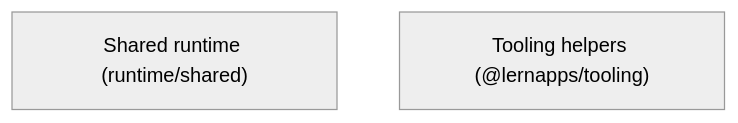
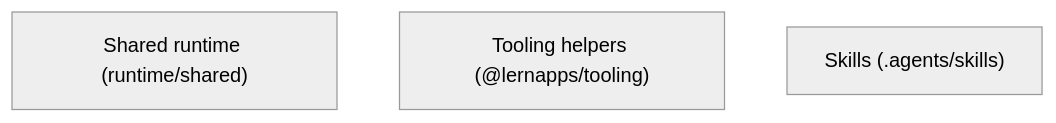
The diagram in docs/arc42/05-building-blocks.arc42.md (lernapps/app-templates), drawn with Mermaid (neutral theme) before and after one commit. The commit also changed other lines of this file and 16 other files, not shown here.

````diff
--- a/docs/arc42/05-building-blocks.arc42.md
+++ b/docs/arc42/05-building-blocks.arc42.md
@@ -26,5 +26,6 @@
 ```mermaid
 flowchart TB
     bb-runtime["Shared runtime (runtime/shared)"]
     bb-tooling["Tooling helpers (@lernapps/tooling)"]
+    bb-skills["Skills (.agents/skills)"]
 ```
````
